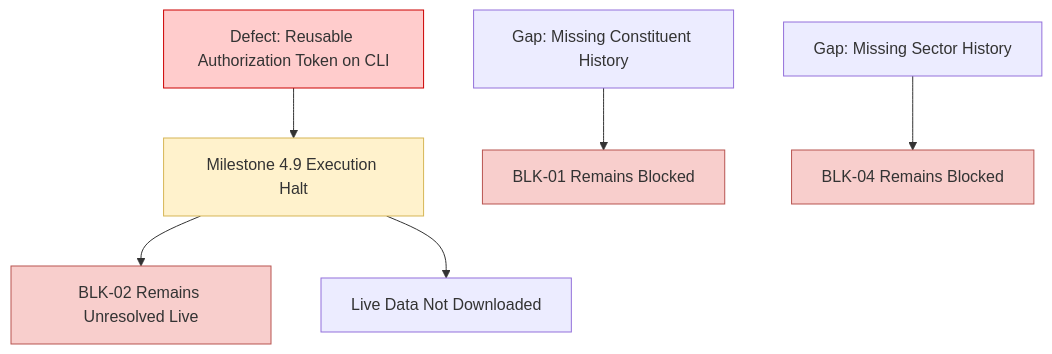
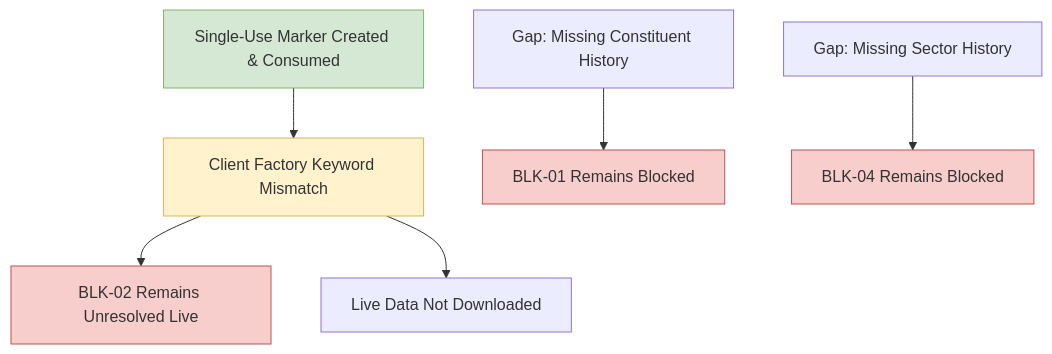
The diagram in docs/PHASE7_NSE_FIVE_STOCK_GAP_ANALYSIS.md (rkchhabda/aarambh), drawn with Mermaid before and after one commit. The commit also changed other lines of this file and 4 other files, not shown here.

````diff
--- a/docs/PHASE7_NSE_FIVE_STOCK_GAP_ANALYSIS.md
+++ b/docs/PHASE7_NSE_FIVE_STOCK_GAP_ANALYSIS.md
@@ -22,15 +22,15 @@
 ```mermaid
 flowchart TD
-    D1[Defect: Reusable Authorization Token on CLI] --> H1[Milestone 4.9 Execution Halt]
+    D1[Single-Use Marker Created & Consumed] --> H1[Client Factory Keyword Mismatch]
     H1 --> B1[BLK-02 Remains Unresolved Live]
     H1 --> B2[Live Data Not Downloaded]
     
     G1[Gap: Missing Constituent History] --> B3[BLK-01 Remains Blocked]
     G2[Gap: Missing Sector History] --> B4[BLK-04 Remains Blocked]
     
-    style D1 fill:#ffcccc,stroke:#cc0000
+    style D1 fill:#d5e8d4,stroke:#82b366
     style H1 fill:#fff2cc,stroke:#d6b656
     style B1 fill:#f8cecc,stroke:#b85450
     style B3 fill:#f8cecc,stroke:#b85450
     style B4 fill:#f8cecc,stroke:#b85450
 ```
````
